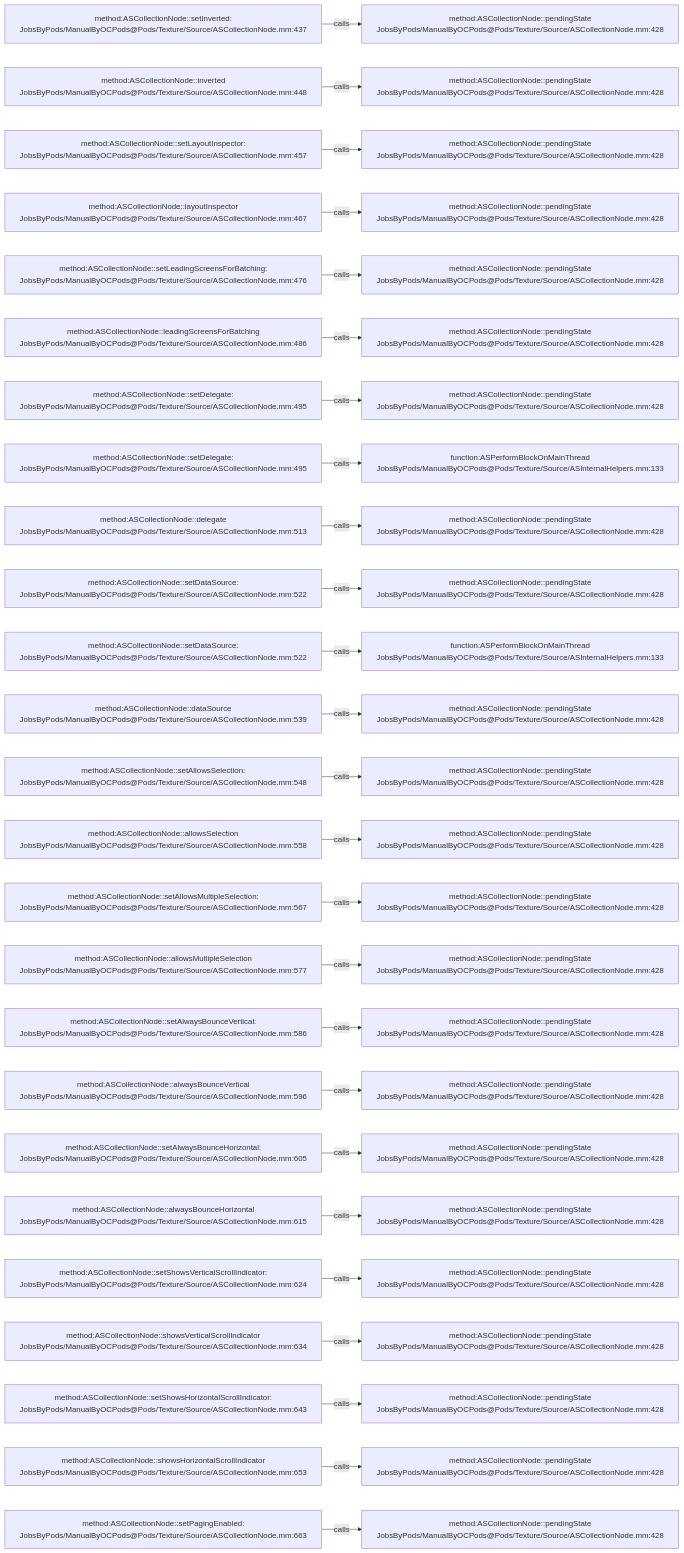
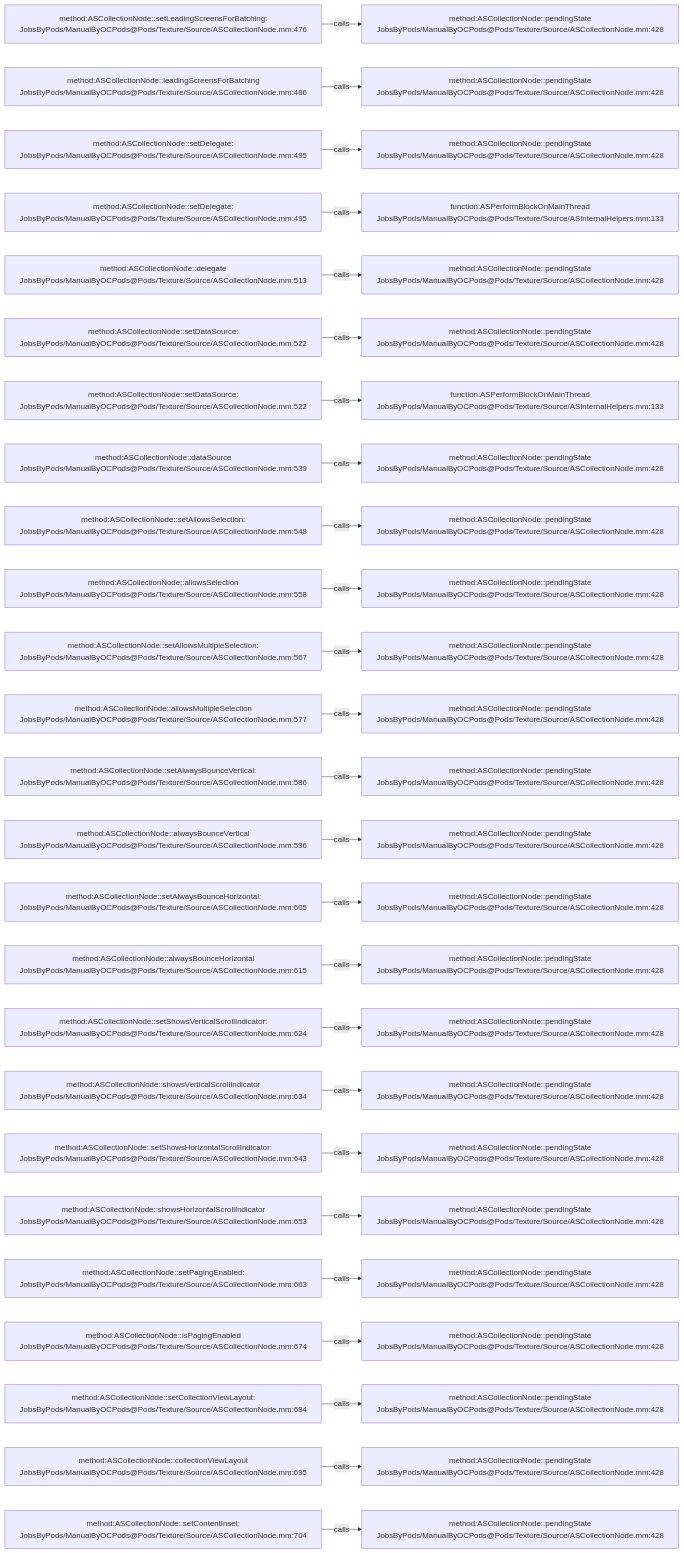
The diagram in .codegraph/codegraph.md/graphs/calls-075.md (JobsKits/JobsOCBaseConfigDemo), drawn with Mermaid before and after one commit. The commit also changed 727 other files, not shown here.

````diff
--- a/.codegraph/codegraph.md/graphs/calls-075.md
+++ b/.codegraph/codegraph.md/graphs/calls-075.md
@@ -13,78 +13,78 @@
 ```mermaid
 flowchart LR
-  S1["method:ASCollectionNode::setInverted:<br/>JobsByPods/ManualByOCPods@Pods/Texture/Source/ASCollectionNode.mm:437"]
+  S1["method:ASCollectionNode::setLeadingScreensForBatching:<br/>JobsByPods/ManualByOCPods@Pods/Texture/Source/ASCollectionNode.mm:476"]
   T1["method:ASCollectionNode::pendingState<br/>JobsByPods/ManualByOCPods@Pods/Texture/Source/ASCollectionNode.mm:428"]
   S1 -->|calls| T1
-  S2["method:ASCollectionNode::inverted<br/>JobsByPods/ManualByOCPods@Pods/Texture/Source/ASCollectionNode.mm:448"]
+  S2["method:ASCollectionNode::leadingScreensForBatching<br/>JobsByPods/ManualByOCPods@Pods/Texture/Source/ASCollectionNode.mm:486"]
   T2["method:ASCollectionNode::pendingState<br/>JobsByPods/ManualByOCPods@Pods/Texture/Source/ASCollectionNode.mm:428"]
   S2 -->|calls| T2
-  S3["method:ASCollectionNode::setLayoutInspector:<br/>JobsByPods/ManualByOCPods@Pods/Texture/Source/ASCollectionNode.mm:457"]
+  S3["method:ASCollectionNode::setDelegate:<br/>JobsByPods/ManualByOCPods@Pods/Texture/Source/ASCollectionNode.mm:495"]
   T3["method:ASCollectionNode::pendingState<br/>JobsByPods/ManualByOCPods@Pods/Texture/Source/ASCollectionNode.mm:428"]
   S3 -->|calls| T3
-  S4["method:ASCollectionNode::layoutInspector<br/>JobsByPods/ManualByOCPods@Pods/Texture/Source/ASCollectionNode.mm:467"]
-  T4["method:ASCollectionNode::pendingState<br/>JobsByPods/ManualByOCPods@Pods/Texture/Source/ASCollectionNode.mm:428"]
+  S4["method:ASCollectionNode::setDelegate:<br/>JobsByPods/ManualByOCPods@Pods/Texture/Source/ASCollectionNode.mm:495"]
+  T4["function:ASPerformBlockOnMainThread<br/>JobsByPods/ManualByOCPods@Pods/Texture/Source/ASInternalHelpers.mm:133"]
   S4 -->|calls| T4
-  S5["method:ASCollectionNode::setLeadingScreensForBatching:<br/>JobsByPods/ManualByOCPods@Pods/Texture/Source/ASCollectionNode.mm:476"]
+  S5["method:ASCollectionNode::delegate<br/>JobsByPods/ManualByOCPods@Pods/Texture/Source/ASCollectionNode.mm:513"]
   T5["method:ASCollectionNode::pendingState<br/>JobsByPods/ManualByOCPods@Pods/Texture/Source/ASCollectionNode.mm:428"]
   S5 -->|calls| T5
-  S6["method:ASCollectionNode::leadingScreensForBatching<br/>JobsByPods/ManualByOCPods@Pods/Texture/Source/ASCollectionNode.mm:486"]
+  S6["method:ASCollectionNode::setDataSource:<br/>JobsByPods/ManualByOCPods@Pods/Texture/Source/ASCollectionNode.mm:522"]
   T6["method:ASCollectionNode::pendingState<br/>JobsByPods/ManualByOCPods@Pods/Texture/Source/ASCollectionNode.mm:428"]
   S6 -->|calls| T6
-  S7["method:ASCollectionNode::setDelegate:<br/>JobsByPods/ManualByOCPods@Pods/Texture/Source/ASCollectionNode.mm:495"]
-  T7["method:ASCollectionNode::pendingState<br/>JobsByPods/ManualByOCPods@Pods/Texture/Source/ASCollectionNode.mm:428"]
+  S7["method:ASCollectionNode::setDataSource:<br/>JobsByPods/ManualByOCPods@Pods/Texture/Source/ASCollectionNode.mm:522"]
+  T7["function:ASPerformBlockOnMainThread<br/>JobsByPods/ManualByOCPods@Pods/Texture/Source/ASInternalHelpers.mm:133"]
   S7 -->|calls| T7
-  S8["method:ASCollectionNode::setDelegate:<br/>JobsByPods/ManualByOCPods@Pods/Texture/Source/ASCollectionNode.mm:495"]
-  T8["function:ASPerformBlockOnMainThread<br/>JobsByPods/ManualByOCPods@Pods/Texture/Source/ASInternalHelpers.mm:133"]
+  S8["method:ASCollectionNode::dataSource<br/>JobsByPods/ManualByOCPods@Pods/Texture/Source/ASCollectionNode.mm:539"]
+  T8["method:ASCollectionNode::pendingState<br/>JobsByPods/ManualByOCPods@Pods/Texture/Source/ASCollectionNode.mm:428"]
   S8 -->|calls| T8
-  S9["method:ASCollectionNode::delegate<br/>JobsByPods/ManualByOCPods@Pods/Texture/Source/ASCollectionNode.mm:513"]
+  S9["method:ASCollectionNode::setAllowsSelection:<br/>JobsByPods/ManualByOCPods@Pods/Texture/Source/ASCollectionNode.mm:548"]
   T9["method:ASCollectionNode::pendingState<br/>JobsByPods/ManualByOCPods@Pods/Texture/Source/ASCollectionNode.mm:428"]
   S9 -->|calls| T9
-  S10["method:ASCollectionNode::setDataSource:<br/>JobsByPods/ManualByOCPods@Pods/Texture/Source/ASCollectionNode.mm:522"]
+  S10["method:ASCollectionNode::allowsSelection<br/>JobsByPods/ManualByOCPods@Pods/Texture/Source/ASCollectionNode.mm:558"]
   T10["method:ASCollectionNode::pendingState<br/>JobsByPods/ManualByOCPods@Pods/Texture/Source/ASCollectionNode.mm:428"]
   S10 -->|calls| T10
-  S11["method:ASCollectionNode::setDataSource:<br/>JobsByPods/ManualByOCPods@Pods/Texture/Source/ASCollectionNode.mm:522"]
-  T11["function:ASPerformBlockOnMainThread<br/>JobsByPods/ManualByOCPods@Pods/Texture/Source/ASInternalHelpers.mm:133"]
+  S11["method:ASCollectionNode::setAllowsMultipleSelection:<br/>JobsByPods/ManualByOCPods@Pods/Texture/Source/ASCollectionNode.mm:567"]
+  T11["method:ASCollectionNode::pendingState<br/>JobsByPods/ManualByOCPods@Pods/Texture/Source/ASCollectionNode.mm:428"]
   S11 -->|calls| T11
-  S12["method:ASCollectionNode::dataSource<br/>JobsByPods/ManualByOCPods@Pods/Texture/Source/ASCollectionNode.mm:539"]
+  S12["method:ASCollectionNode::allowsMultipleSelection<br/>JobsByPods/ManualByOCPods@Pods/Texture/Source/ASCollectionNode.mm:577"]
   T12["method:ASCollectionNode::pendingState<br/>JobsByPods/ManualByOCPods@Pods/Texture/Source/ASCollectionNode.mm:428"]
   S12 -->|calls| T12
-  S13["method:ASCollectionNode::setAllowsSelection:<br/>JobsByPods/ManualByOCPods@Pods/Texture/Source/ASCollectionNode.mm:548"]
+  S13["method:ASCollectionNode::setAlwaysBounceVertical:<br/>JobsByPods/ManualByOCPods@Pods/Texture/Source/ASCollectionNode.mm:586"]
   T13["method:ASCollectionNode::pendingState<br/>JobsByPods/ManualByOCPods@Pods/Texture/Source/ASCollectionNode.mm:428"]
   S13 -->|calls| T13
-  S14["method:ASCollectionNode::allowsSelection<br/>JobsByPods/ManualByOCPods@Pods/Texture/Source/ASCollectionNode.mm:558"]
+  S14["method:ASCollectionNode::alwaysBounceVertical<br/>JobsByPods/ManualByOCPods@Pods/Texture/Source/ASCollectionNode.mm:596"]
   T14["method:ASCollectionNode::pendingState<br/>JobsByPods/ManualByOCPods@Pods/Texture/Source/ASCollectionNode.mm:428"]
   S14 -->|calls| T14
-  S15["method:ASCollectionNode::setAllowsMultipleSelection:<br/>JobsByPods/ManualByOCPods@Pods/Texture/Source/ASCollectionNode.mm:567"]
+  S15["method:ASCollectionNode::setAlwaysBounceHorizontal:<br/>JobsByPods/ManualByOCPods@Pods/Texture/Source/ASCollectionNode.mm:605"]
   T15["method:ASCollectionNode::pendingState<br/>JobsByPods/ManualByOCPods@Pods/Texture/Source/ASCollectionNode.mm:428"]
   S15 -->|calls| T15
-  S16["method:ASCollectionNode::allowsMultipleSelection<br/>JobsByPods/ManualByOCPods@Pods/Texture/Source/ASCollectionNode.mm:577"]
+  S16["method:ASCollectionNode::alwaysBounceHorizontal<br/>JobsByPods/ManualByOCPods@Pods/Texture/Source/ASCollectionNode.mm:615"]
   T16["method:ASCollectionNode::pendingState<br/>JobsByPods/ManualByOCPods@Pods/Texture/Source/ASCollectionNode.mm:428"]
   S16 -->|calls| T16
-  S17["method:ASCollectionNode::setAlwaysBounceVertical:<br/>JobsByPods/ManualByOCPods@Pods/Texture/Source/ASCollectionNode.mm:586"]
+  S17["method:ASCollectionNode::setShowsVerticalScrollIndicator:<br/>JobsByPods/ManualByOCPods@Pods/Texture/Source/ASCollectionNode.mm:624"]
   T17["method:ASCollectionNode::pendingState<br/>JobsByPods/ManualByOCPods@Pods/Texture/Source/ASCollectionNode.mm:428"]
   S17 -->|calls| T17
-  S18["method:ASCollectionNode::alwaysBounceVertical<br/>JobsByPods/ManualByOCPods@Pods/Texture/Source/ASCollectionNode.mm:596"]
+  S18["method:ASCollectionNode::showsVerticalScrollIndicator<br/>JobsByPods/ManualByOCPods@Pods/Texture/Source/ASCollectionNode.mm:634"]
   T18["method:ASCollectionNode::pendingState<br/>JobsByPods/ManualByOCPods@Pods/Texture/Source/ASCollectionNode.mm:428"]
   S18 -->|calls| T18
-  S19["method:ASCollectionNode::setAlwaysBounceHorizontal:<br/>JobsByPods/ManualByOCPods@Pods/Texture/Source/ASCollectionNode.mm:605"]
+  S19["method:ASCollectionNode::setShowsHorizontalScrollIndicator:<br/>JobsByPods/ManualByOCPods@Pods/Texture/Source/ASCollectionNode.mm:643"]
   T19["method:ASCollectionNode::pendingState<br/>JobsByPods/ManualByOCPods@Pods/Texture/Source/ASCollectionNode.mm:428"]
   S19 -->|calls| T19
-  S20["method:ASCollectionNode::alwaysBounceHorizontal<br/>JobsByPods/ManualByOCPods@Pods/Texture/Source/ASCollectionNode.mm:615"]
+  S20["method:ASCollectionNode::showsHorizontalScrollIndicator<br/>JobsByPods/ManualByOCPods@Pods/Texture/Source/ASCollectionNode.mm:653"]
   T20["method:ASCollectionNode::pendingState<br/>JobsByPods/ManualByOCPods@Pods/Texture/Source/ASCollectionNode.mm:428"]
   S20 -->|calls| T20
-  S21["method:ASCollectionNode::setShowsVerticalScrollIndicator:<br/>JobsByPods/ManualByOCPods@Pods/Texture/Source/ASCollectionNode.mm:624"]
+  S21["method:ASCollectionNode::setPagingEnabled:<br/>JobsByPods/ManualByOCPods@Pods/Texture/Source/ASCollectionNode.mm:663"]
   T21["method:ASCollectionNode::pendingState<br/>JobsByPods/ManualByOCPods@Pods/Texture/Source/ASCollectionNode.mm:428"]
   S21 -->|calls| T21
-  S22["method:ASCollectionNode::showsVerticalScrollIndicator<br/>JobsByPods/ManualByOCPods@Pods/Texture/Source/ASCollectionNode.mm:634"]
+  S22["method:ASCollectionNode::isPagingEnabled<br/>JobsByPods/ManualByOCPods@Pods/Texture/Source/ASCollectionNode.mm:674"]
   T22["method:ASCollectionNode::pendingState<br/>JobsByPods/ManualByOCPods@Pods/Texture/Source/ASCollectionNode.mm:428"]
   S22 -->|calls| T22
-  S23["method:ASCollectionNode::setShowsHorizontalScrollIndicator:<br/>JobsByPods/ManualByOCPods@Pods/Texture/Source/ASCollectionNode.mm:643"]
+  S23["method:ASCollectionNode::setCollectionViewLayout:<br/>JobsByPods/ManualByOCPods@Pods/Texture/Source/ASCollectionNode.mm:684"]
   T23["method:ASCollectionNode::pendingState<br/>JobsByPods/ManualByOCPods@Pods/Texture/Source/ASCollectionNode.mm:428"]
   S23 -->|calls| T23
-  S24["method:ASCollectionNode::showsHorizontalScrollIndicator<br/>JobsByPods/ManualByOCPods@Pods/Texture/Source/ASCollectionNode.mm:653"]
+  S24["method:ASCollectionNode::collectionViewLayout<br/>JobsByPods/ManualByOCPods@Pods/Texture/Source/ASCollectionNode.mm:695"]
   T24["method:ASCollectionNode::pendingState<br/>JobsByPods/ManualByOCPods@Pods/Texture/Source/ASCollectionNode.mm:428"]
   S24 -->|calls| T24
-  S25["method:ASCollectionNode::setPagingEnabled:<br/>JobsByPods/ManualByOCPods@Pods/Texture/Source/ASCollectionNode.mm:663"]
+  S25["method:ASCollectionNode::setContentInset:<br/>JobsByPods/ManualByOCPods@Pods/Texture/Source/ASCollectionNode.mm:704"]
   T25["method:ASCollectionNode::pendingState<br/>JobsByPods/ManualByOCPods@Pods/Texture/Source/ASCollectionNode.mm:428"]
   S25 -->|calls| T25
 ```
````
